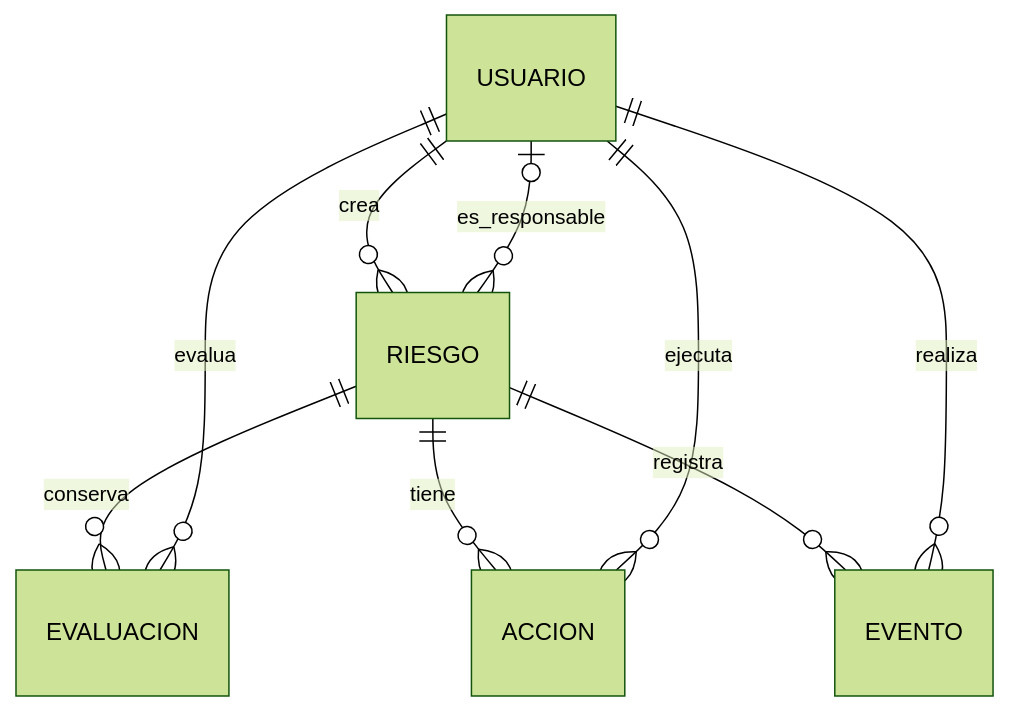
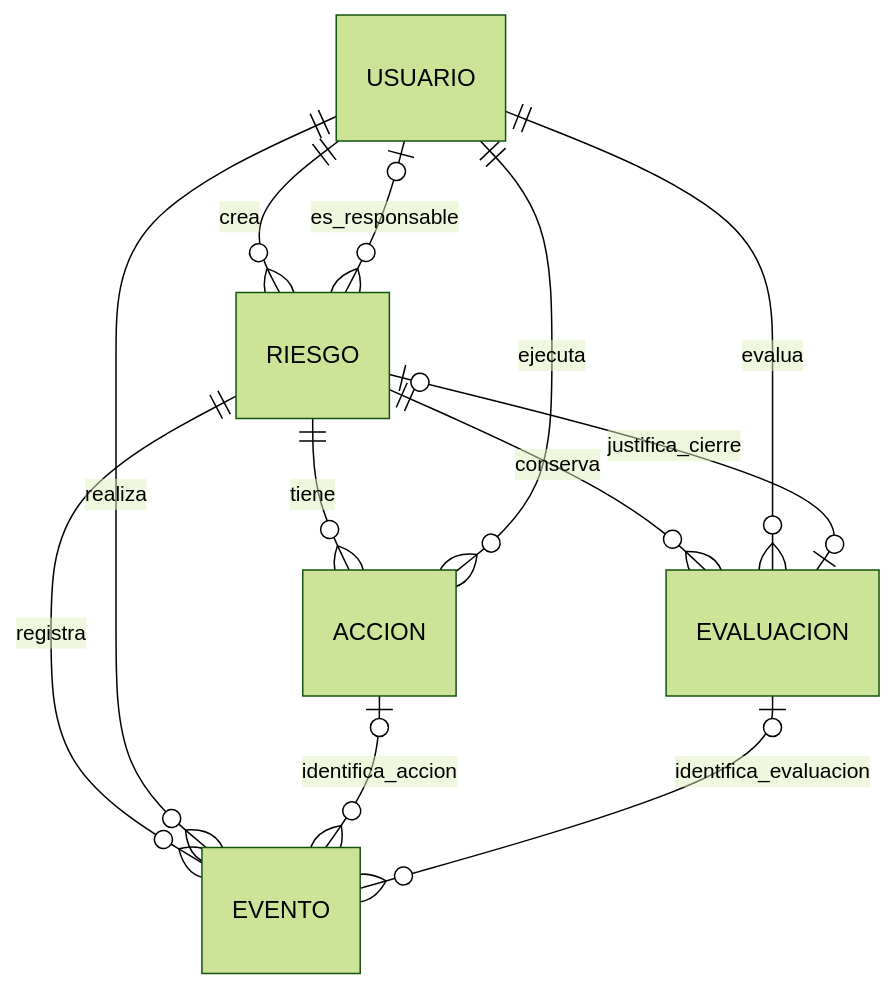
Before and after one commit to Pablorossl/RiskTrack: the diagram in docs/05-modelo-datos.md, drawn with Mermaid (forest theme). The commit also changed other lines of this file and 9 other files, not shown here.

````diff
--- a/docs/05-modelo-datos.md
+++ b/docs/05-modelo-datos.md
@@ -21,11 +21,14 @@
 ```mermaid
 erDiagram
     USUARIO ||--o{ RIESGO : crea
     USUARIO o|--o{ RIESGO : es_responsable
     RIESGO ||--o{ EVALUACION : conserva
     USUARIO ||--o{ EVALUACION : evalua
     RIESGO ||--o{ ACCION : tiene
     USUARIO ||--o{ ACCION : ejecuta
     RIESGO ||--o{ EVENTO : registra
     USUARIO ||--o{ EVENTO : realiza
+    ACCION o|--o{ EVENTO : identifica_accion
+    EVALUACION o|--o{ EVENTO : identifica_evaluacion
+    EVALUACION o|--o| RIESGO : justifica_cierre
 ```
````
